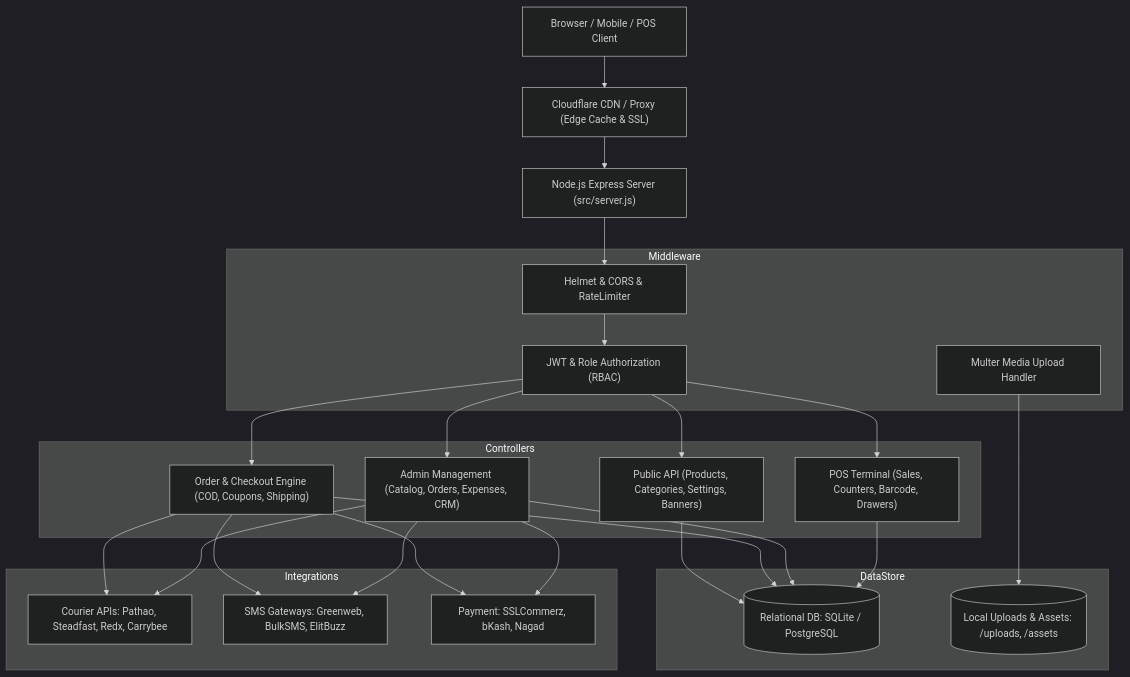
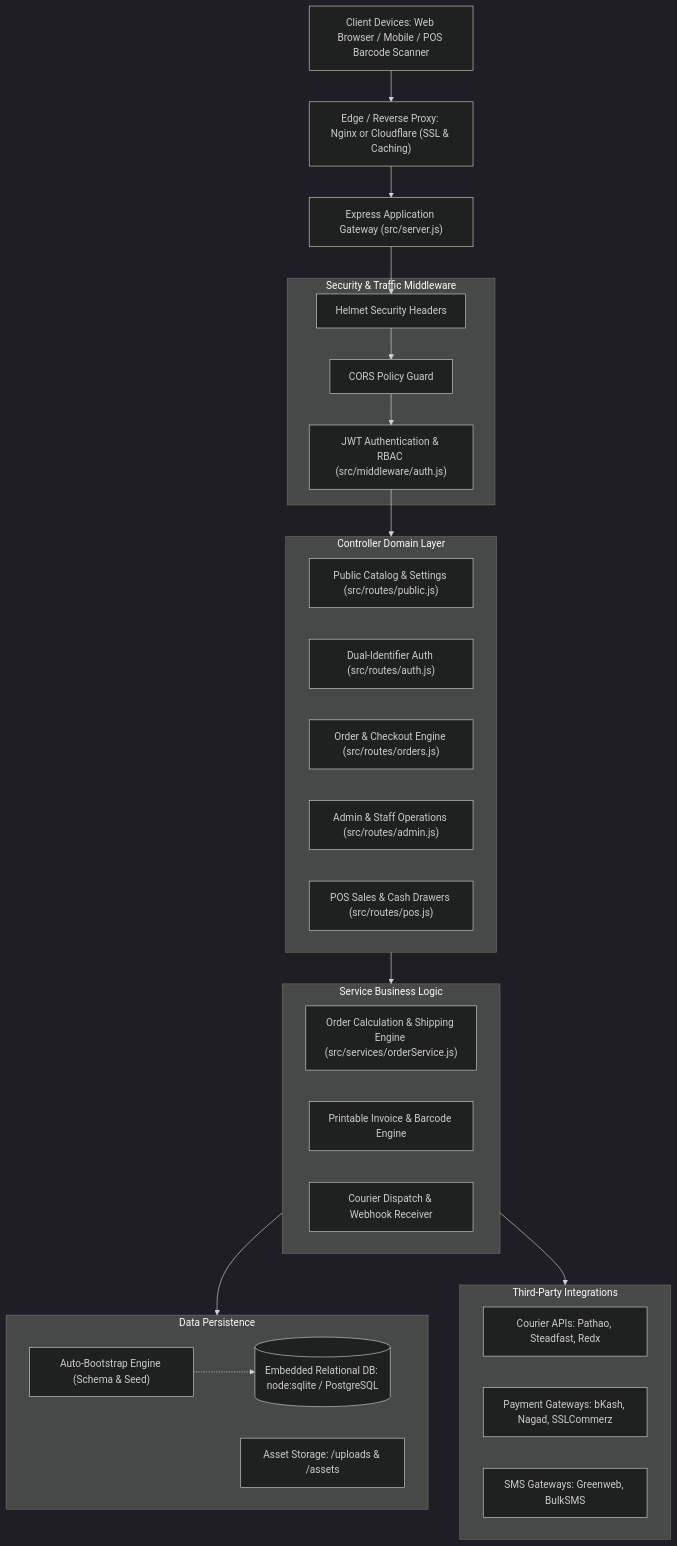
Before and after one commit to Imran7541/e-commerce-fast: the first of 5 diagrams in docs/ARCHITECTURE.md, drawn with Mermaid (dark theme). The commit also changed other lines of this file and 8 other files, not shown here.

````diff
--- a/docs/ARCHITECTURE.md
+++ b/docs/ARCHITECTURE.md
@@ -11,38 +9,47 @@
 ```mermaid
 flowchart TD
-    Client["Browser / Mobile / POS Client"]
-    Cloudflare["Cloudflare CDN / Proxy (Edge Cache & SSL)"]
-    Express["Node.js Express Server (src/server.js)"]
+    Client["Client Devices: Web Browser / Mobile / POS Barcode Scanner"]
+    EdgeProxy["Edge / Reverse Proxy: Nginx or Cloudflare (SSL & Caching)"]
+    Express["Express Application Gateway (src/server.js)"]
     
-    subgraph Middleware
-        Security["Helmet & CORS & RateLimiter"]
-        Auth["JWT & Role Authorization (RBAC)"]
-        UploadHandler["Multer Media Upload Handler"]
+    subgraph SecurityMiddleware["Security & Traffic Middleware"]
+        Helmet["Helmet Security Headers"]
+        Cors["CORS Policy Guard"]
+        AuthMiddleware["JWT Authentication & RBAC (src/middleware/auth.js)"]
     end
     
-    subgraph Controllers
-        PublicAPI["Public API (Products, Categories, Settings, Banners)"]
-        OrderAPI["Order & Checkout Engine (COD, Coupons, Shipping)"]
-        AdminAPI["Admin Management (Catalog, Orders, Expenses, CRM)"]
-        PosAPI["POS Terminal (Sales, Counters, Barcode, Drawers)"]
+    subgraph RouteControllers["Controller Domain Layer"]
+        PublicRoutes["Public Catalog & Settings (src/routes/public.js)"]
+        AuthRoutes["Dual-Identifier Auth (src/routes/auth.js)"]
+        OrderRoutes["Order & Checkout Engine (src/routes/orders.js)"]
+        AdminRoutes["Admin & Staff Operations (src/routes/admin.js)"]
+        PosRoutes["POS Sales & Cash Drawers (src/routes/pos.js)"]
     end
     
-    subgraph DataStore
-        DB[(Relational DB: SQLite / PostgreSQL)]
-        MediaStorage[("Local Uploads & Assets: /uploads, /assets")]
+    subgraph DomainServices["Service Business Logic"]
+        OrderService["Order Calculation & Shipping Engine (src/services/orderService.js)"]
+        InvoiceGenerator["Printable Invoice & Barcode Engine"]
+        CourierService["Courier Dispatch & Webhook Receiver"]
     end
     
-    subgraph Integrations
-        Couriers["Courier APIs: Pathao, Steadfast, Redx, Carrybee"]
-        SMS["SMS Gateways: Greenweb, BulkSMS, ElitBuzz"]
-        PaymentGW["Payment: SSLCommerz, bKash, Nagad"]
+    subgraph PersistenceLayer["Data Persistence"]
+        DB[(Embedded Relational DB: node:sqlite / PostgreSQL)]
+        AutoBoot["Auto-Bootstrap Engine (Schema & Seed)"]
+        StaticStorage["Asset Storage: /uploads & /assets"]
+    end
+    
+    subgraph ExternalGateways["Third-Party Integrations"]
+        CourierAPIs["Courier APIs: Pathao, Steadfast, Redx"]
+        PaymentAPIs["Payment Gateways: bKash, Nagad, SSLCommerz"]
+        SMSGateways["SMS Gateways: Greenweb, BulkSMS"]
     end
 
-    Client --> Cloudflare
-    Cloudflare --> Express
-    Express --> Security --> Auth
-    Auth --> PublicAPI & OrderAPI & AdminAPI & PosAPI
-    PublicAPI & OrderAPI & AdminAPI & PosAPI --> DB
-    UploadHandler --> MediaStorage
-    OrderAPI & AdminAPI --> Couriers & SMS & PaymentGW
+    Client --> EdgeProxy
+    EdgeProxy --> Express
+    Express --> Helmet --> Cors --> AuthMiddleware
+    AuthMiddleware --> RouteControllers
+    RouteControllers --> DomainServices
+    DomainServices --> PersistenceLayer
+    DomainServices --> ExternalGateways
+    AutoBoot -.-> DB
 ```
````
